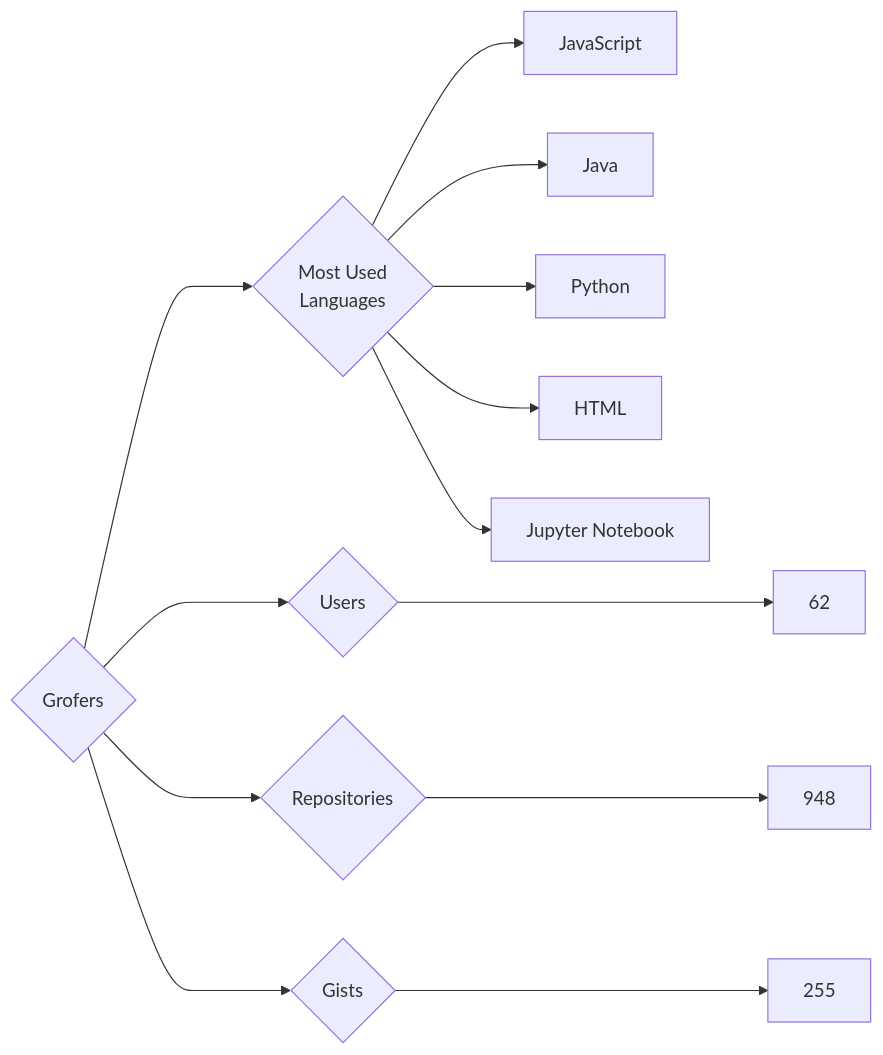
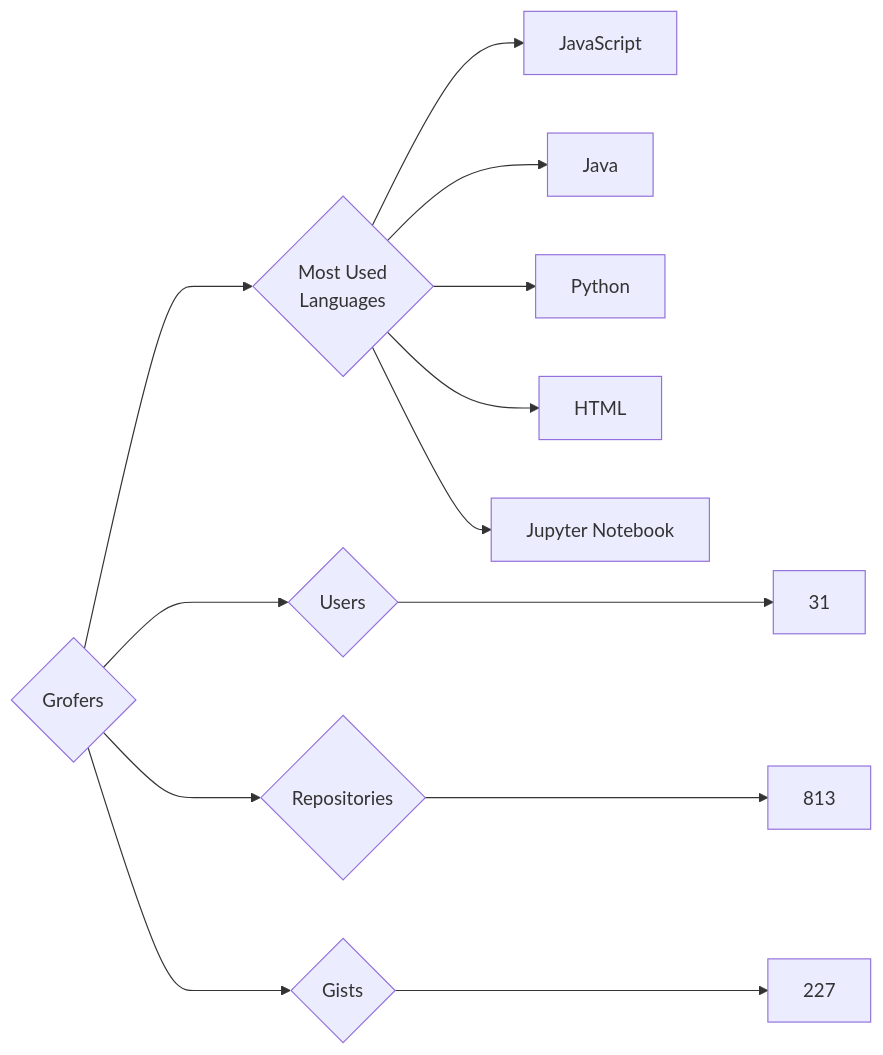
The diagram in targets/Grofers/README.md (trickest/insiders), drawn with Mermaid before and after one commit. The commit also changed 845 other files, not shown here.

````diff
--- a/targets/Grofers/README.md
+++ b/targets/Grofers/README.md
@@ -3,13 +3,13 @@
 ```mermaid
 graph LR
 COMPANY_NAME{Grofers}
-COMPANY_NAME ---> U{Users} ---> UN[62]
-COMPANY_NAME ---> R{Repositories} ---> RN[948]
-COMPANY_NAME ---> G{Gists} ---> GN[255]
+COMPANY_NAME ---> U{Users} ---> UN[31]
+COMPANY_NAME ---> R{Repositories} ---> RN[813]
+COMPANY_NAME ---> G{Gists} ---> GN[227]
 COMPANY_NAME ---> ML{Most Used<br>Languages}
 ML --> JavaScript[JavaScript]
 ML --> Java[Java]
 ML --> Python[Python]
 ML --> HTML[HTML]
 ML --> Jupyter_Notebook[Jupyter Notebook]
 ```
````
